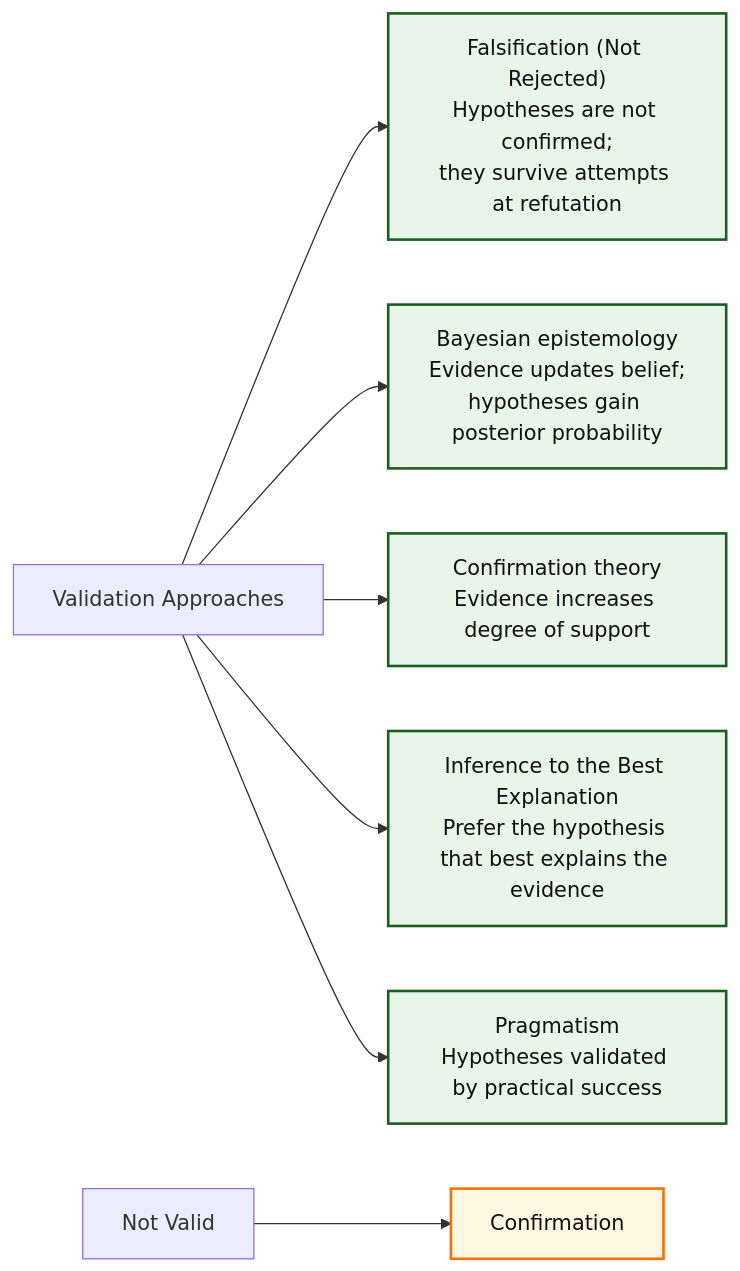
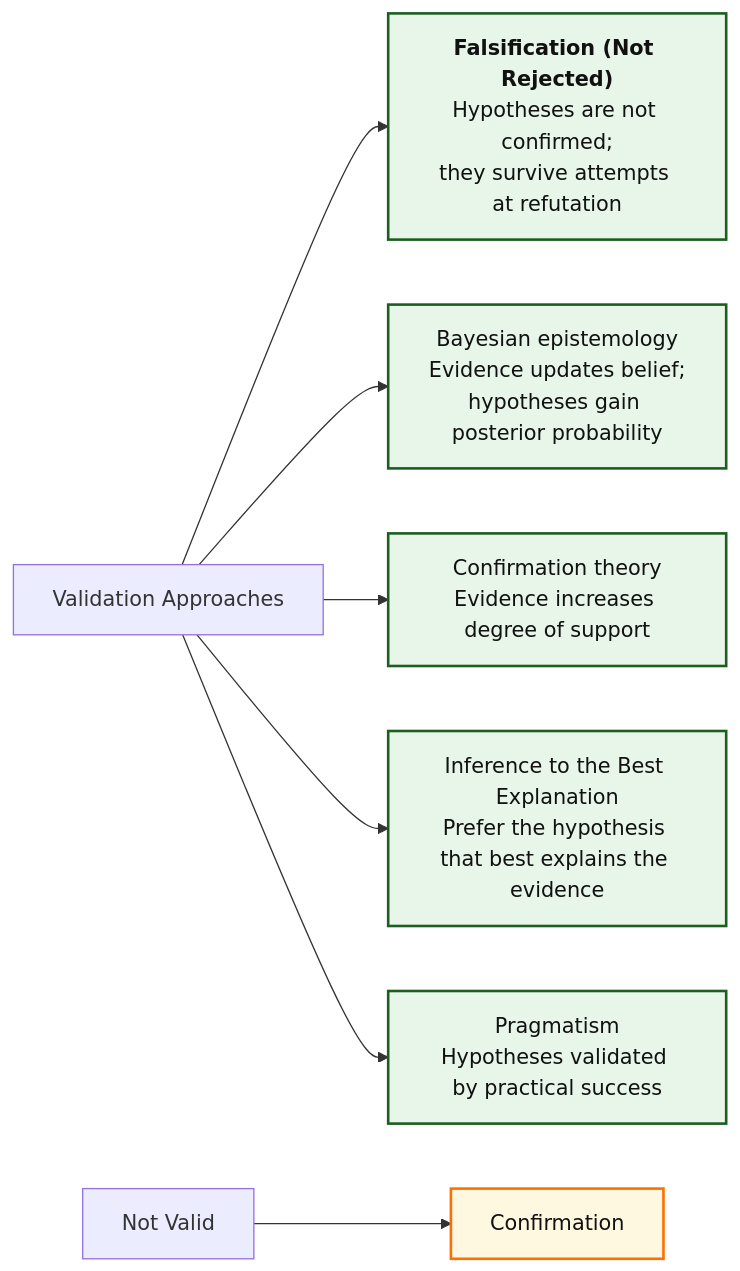
The diagram in articles-posts/hypothesis-validation.md (Tellusant/docs), drawn with Mermaid before and after one commit.

```diff
--- a/articles-posts/hypothesis-validation.md
+++ b/articles-posts/hypothesis-validation.md
@@ -12,31 +12,31 @@
 <div class="mermaid">
 
 flowchart LR
 
     V["Validation Approaches"]:::none
 
-    F["Falsification (Not Rejected)<br/>Hypotheses are not confirmed;<br/>they survive attempts at refutation"]:::strong
+    F["`**Falsification (Not Rejected)**<br/>Hypotheses are not confirmed;<br/>they survive attempts at refutation`"]:::strong
     B["Bayesian epistemology<br/>Evidence updates belief;<br/>hypotheses gain posterior probability"]:::strong
     C["Confirmation theory<br/>Evidence increases degree of support"]:::strong
     I["Inference to the Best Explanation<br/>Prefer the hypothesis that best explains the evidence"]:::strong
     R["Pragmatism<br/>Hypotheses validated by practical success"]:::strong
 
     NV["Not Valid"]:::none
     CO["Confirmation"]:::mixed
 
     V --> F
     V --> B
     V --> C
     V --> I
     V --> R
     NV--> CO
 
     %% ========= STYLES ========= Labels are from another graph
 classDef strong  fill:#E8F5E9,stroke:#1B5E20,stroke-width:2px,color:#111;
 classDef neutral fill:#E3F2FD,stroke:#0D47A1,stroke-width:2px,color:#111;
 classDef mixed   fill:#FFF8E1,stroke:#FF6F00,stroke-width:2px,color:#111;
 classDef risk    fill:#FDECEA,stroke:#B71C1C,stroke-width:2px,color:#111;
 classDef summary fill:#F5F5F5,stroke:#424242,stroke-width:2px,color:#111;
 classDef anchor fill:transparent,stroke:transparent;
 
 </div>
```
